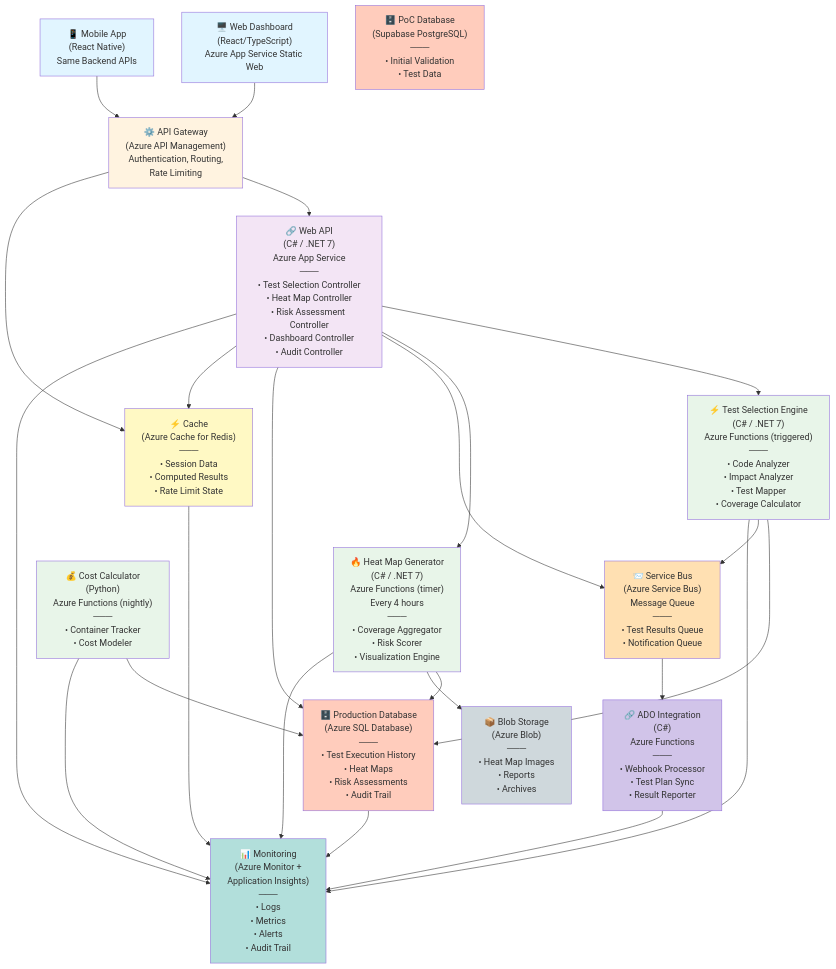
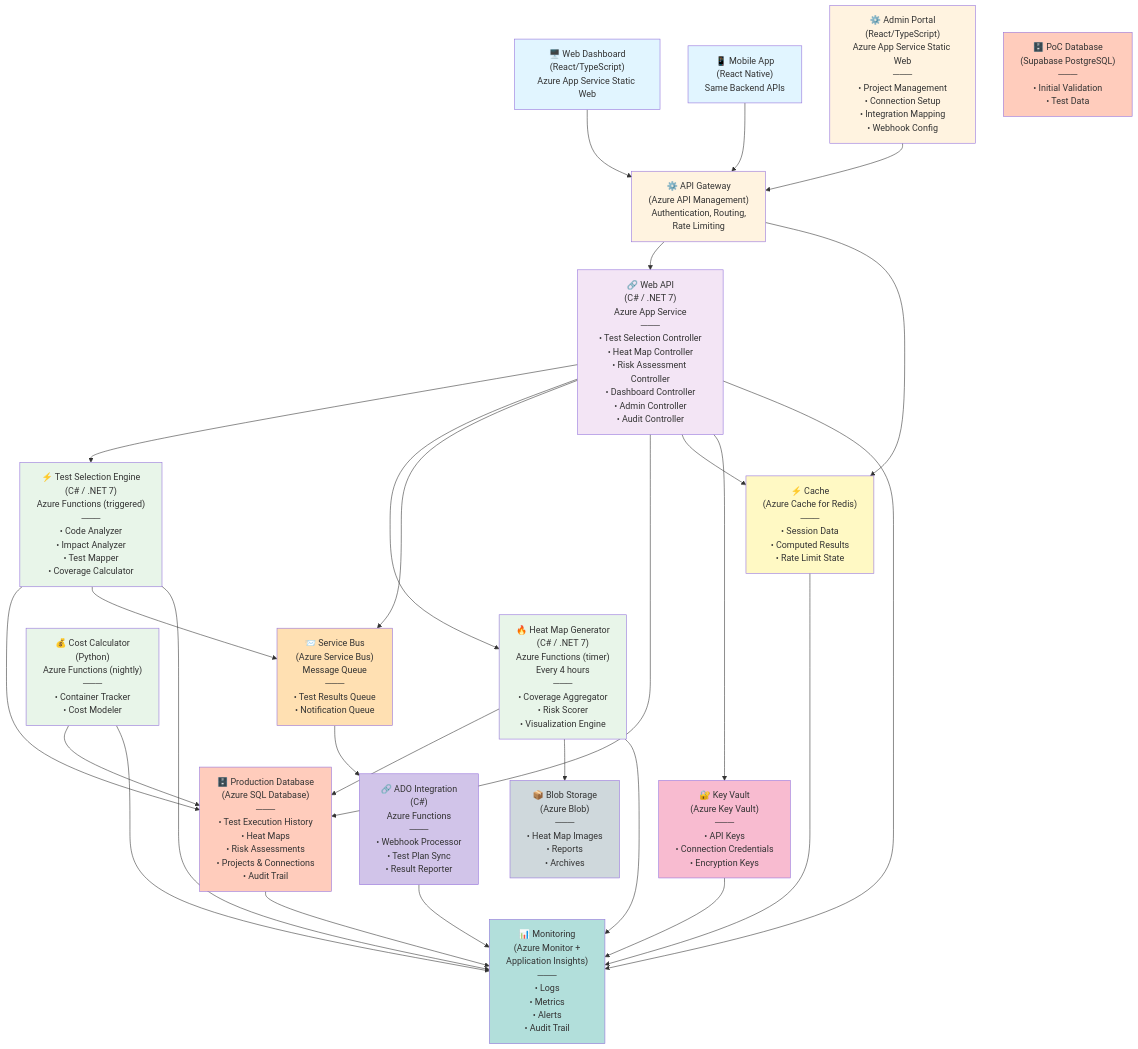
The second of 4 diagrams in projects/INTEGRITY/documentation/05-architecture/c4-diagrams.md (lau-hdez-arroyo/Integrity), drawn with Mermaid before and after one commit. The commit also changed other lines of this file and 8 other files, not shown here.

````diff
--- a/projects/INTEGRITY/documentation/05-architecture/c4-diagrams.md
+++ b/projects/INTEGRITY/documentation/05-architecture/c4-diagrams.md
@@ -113,74 +113,82 @@
 ```mermaid
 graph TB
     Web["🖥️ Web Dashboard<br/>(React/TypeScript)<br/>Azure App Service Static Web"]
     Mobile["📱 Mobile App<br/>(React Native)<br/>Same Backend APIs"]
+    Admin["⚙️ Admin Portal<br/>(React/TypeScript)<br/>Azure App Service Static Web<br/>───<br/>• Project Management<br/>• Connection Setup<br/>• Integration Mapping<br/>• Webhook Config"]
     
     APIGateway["⚙️ API Gateway<br/>(Azure API Management)<br/>Authentication, Routing,<br/>Rate Limiting"]
     
-    WebAPI["🔗 Web API<br/>(C# / .NET 7)<br/>Azure App Service<br/>───<br/>• Test Selection Controller<br/>• Heat Map Controller<br/>• Risk Assessment Controller<br/>• Dashboard Controller<br/>• Audit Controller"]
+    WebAPI["🔗 Web API<br/>(C# / .NET 7)<br/>Azure App Service<br/>───<br/>• Test Selection Controller<br/>• Heat Map Controller<br/>• Risk Assessment Controller<br/>• Dashboard Controller<br/>• Admin Controller<br/>• Audit Controller"]
     
     SelEngine["⚡ Test Selection Engine<br/>(C# / .NET 7)<br/>Azure Functions (triggered)<br/>───<br/>• Code Analyzer<br/>• Impact Analyzer<br/>• Test Mapper<br/>• Coverage Calculator"]
     
     HeatMapGen["🔥 Heat Map Generator<br/>(C# / .NET 7)<br/>Azure Functions (timer)<br/>Every 4 hours<br/>───<br/>• Coverage Aggregator<br/>• Risk Scorer<br/>• Visualization Engine"]
     
     CostCalc["💰 Cost Calculator<br/>(Python)<br/>Azure Functions (nightly)<br/>───<br/>• Container Tracker<br/>• Cost Modeler"]
     
     ServiceBus["📨 Service Bus<br/>(Azure Service Bus)<br/>Message Queue<br/>───<br/>• Test Results Queue<br/>• Notification Queue"]
     
-    SqlDB["🗄️ Production Database<br/>(Azure SQL Database)<br/>───<br/>• Test Execution History<br/>• Heat Maps<br/>• Risk Assessments<br/>• Audit Trail"]
+    SqlDB["🗄️ Production Database<br/>(Azure SQL Database)<br/>───<br/>• Test Execution History<br/>• Heat Maps<br/>• Risk Assessments<br/>• Projects & Connections<br/>• Audit Trail"]
     
     SupabaseDB["🗄️ PoC Database<br/>(Supabase PostgreSQL)<br/>───<br/>• Initial Validation<br/>• Test Data"]
     
     BlobStorage["📦 Blob Storage<br/>(Azure Blob)<br/>───<br/>• Heat Map Images<br/>• Reports<br/>• Archives"]
     
     Cache["⚡ Cache<br/>(Azure Cache for Redis)<br/>───<br/>• Session Data<br/>• Computed Results<br/>• Rate Limit State"]
     
+    Vault["🔐 Key Vault<br/>(Azure Key Vault)<br/>───<br/>• API Keys<br/>• Connection Credentials<br/>• Encryption Keys"]
+    
     ADOIntegration["🔗 ADO Integration<br/>(C#)<br/>Azure Functions<br/>───<br/>• Webhook Processor<br/>• Test Plan Sync<br/>• Result Reporter"]
     
     Monitor["📊 Monitoring<br/>(Azure Monitor +<br/>Application Insights)<br/>───<br/>• Logs<br/>• Metrics<br/>• Alerts<br/>• Audit Trail"]
     
     Web --> APIGateway
     Mobile --> APIGateway
+    Admin --> APIGateway
     
     APIGateway --> WebAPI
     APIGateway --> Cache
     
     WebAPI --> SelEngine
     WebAPI --> HeatMapGen
     WebAPI --> ServiceBus
     WebAPI --> SqlDB
     WebAPI --> Cache
+    WebAPI --> Vault
     WebAPI --> Monitor
     
     SelEngine --> SqlDB
     SelEngine --> ServiceBus
     SelEngine --> Monitor
     
     HeatMapGen --> SqlDB
     HeatMapGen --> BlobStorage
     HeatMapGen --> Monitor
     
     CostCalc --> SqlDB
     CostCalc --> Monitor
     
     ServiceBus --> ADOIntegration
     ADOIntegration --> Monitor
     
     SqlDB --> Monitor
     Cache --> Monitor
+    Vault --> Monitor
     
     style Web fill:#e1f5ff
     style Mobile fill:#e1f5ff
+    style Admin fill:#fff3e0
     style APIGateway fill:#fff3e0
     style WebAPI fill:#f3e5f5
     style SelEngine fill:#e8f5e9
     style HeatMapGen fill:#e8f5e9
     style CostCalc fill:#e8f5e9
     style ServiceBus fill:#ffe0b2
     style SqlDB fill:#ffccbc
     style SupabaseDB fill:#ffccbc
     style BlobStorage fill:#cfd8dc
     style Cache fill:#fff9c4
+    style Vault fill:#f8bbd0
     style ADOIntegration fill:#d1c4e9
     style Monitor fill:#b2dfdb
 ```
````
